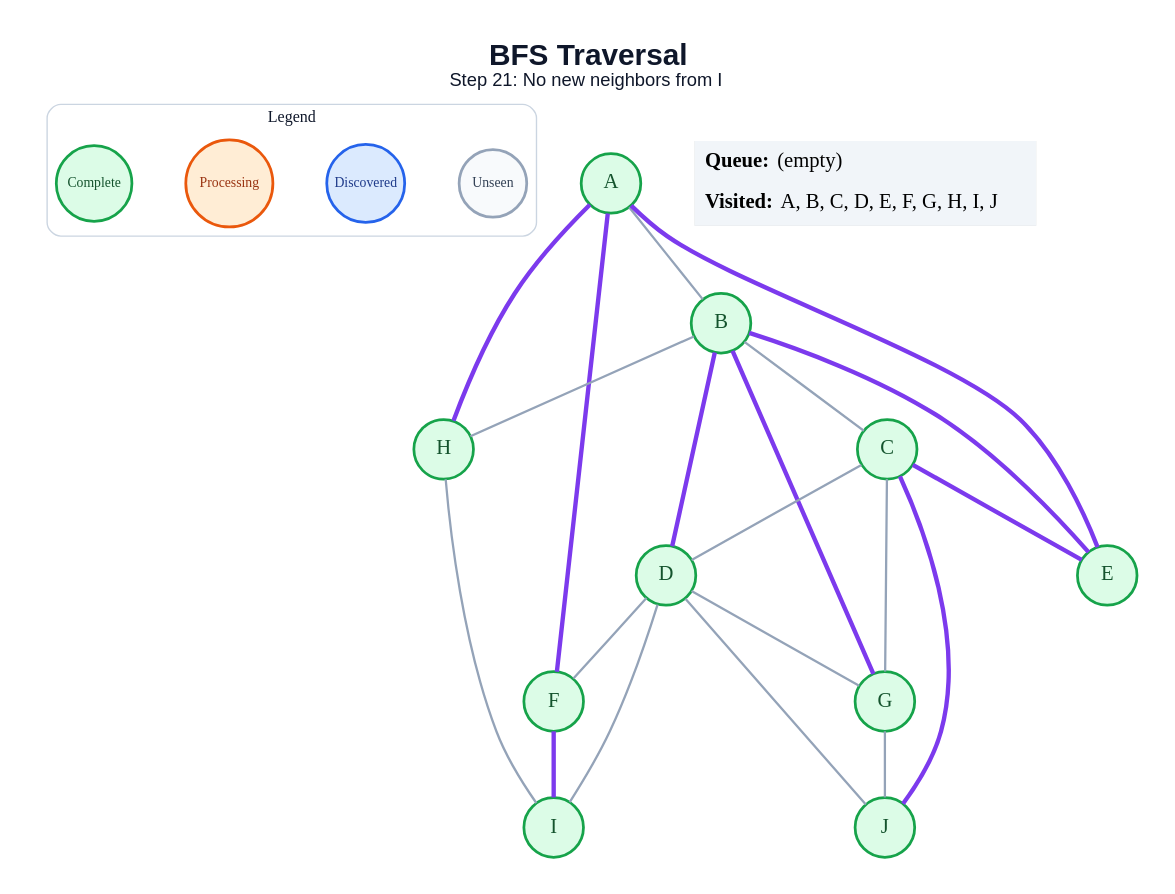
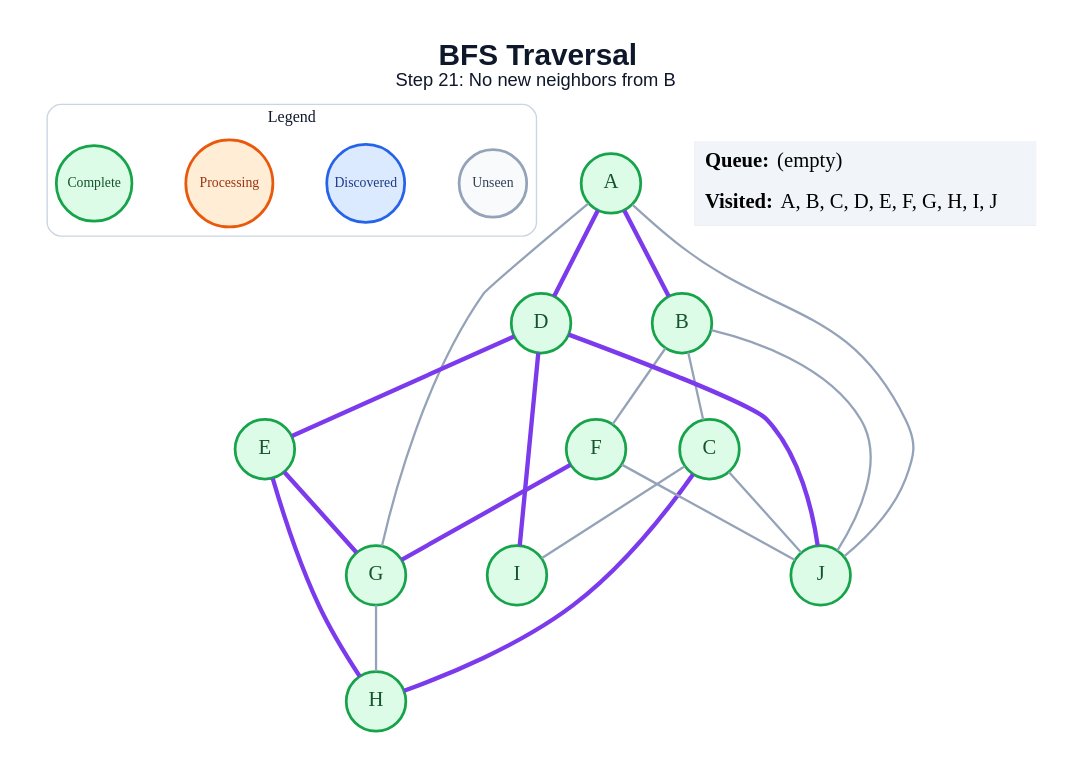
One commit to anon7238593-create/ai-slop changed the diagram in generated/specific-node/bfs/step_21.dot. Above: the diagram before and after it, drawn with Graphviz. The commit also changed 171 other files, not shown here.

```diff
--- a/generated/specific-node/bfs/step_21.dot
+++ b/generated/specific-node/bfs/step_21.dot
@@ -1,49 +1,47 @@
 graph traversal {
   graph [layout=dot, rankdir=TB, bgcolor="#FFFFFF", pad="0.35", nodesep="0.65", ranksep="0.8", fontname="Arial"];
   node [shape=circle, style="filled", fontname="Arial Bold", fontsize=18, width=0.72, fixedsize=true, penwidth=2.4];
   edge [color="#94A3B8", penwidth=2.0];
-  label=<<B>BFS Traversal</B><BR/><FONT POINT-SIZE="16">Step 21: No new neighbors from I</FONT>>; labelloc="t"; fontsize=26; fontname="Arial"; fontcolor="#0F172A";
+  label=<<B>BFS Traversal</B><BR/><FONT POINT-SIZE="16">Step 21: No new neighbors from B</FONT>>; labelloc="t"; fontsize=26; fontname="Arial"; fontcolor="#0F172A";
   subgraph cluster_legend { label="Legend"; color="#CBD5E1"; penwidth=1.2; style="rounded"; fontsize=14; fontname="Arial Bold";
     key_unseen [label="Unseen", fillcolor="#F8FAFC", color="#94A3B8", fontcolor="#334155", fontsize=12, width=0.82];
     key_frontier [label="Discovered", fillcolor="#DBEAFE", color="#2563EB", fontcolor="#1E3A8A", fontsize=12, width=0.95];
     key_current [label="Processing", fillcolor="#FFEDD5", color="#EA580C", fontcolor="#9A3412", fontsize=12, width=1.05];
     key_done [label="Complete", fillcolor="#DCFCE7", color="#16A34A", fontcolor="#14532D", fontsize=12, width=0.92];
     { rank=same; key_unseen; key_frontier; key_current; key_done; }
   }
   A [fillcolor="#DCFCE7", color="#16A34A", fontcolor="#14532D"];
   B [fillcolor="#DCFCE7", color="#16A34A", fontcolor="#14532D"];
   C [fillcolor="#DCFCE7", color="#16A34A", fontcolor="#14532D"];
   D [fillcolor="#DCFCE7", color="#16A34A", fontcolor="#14532D"];
   E [fillcolor="#DCFCE7", color="#16A34A", fontcolor="#14532D"];
   F [fillcolor="#DCFCE7", color="#16A34A", fontcolor="#14532D"];
   G [fillcolor="#DCFCE7", color="#16A34A", fontcolor="#14532D"];
   H [fillcolor="#DCFCE7", color="#16A34A", fontcolor="#14532D"];
   I [fillcolor="#DCFCE7", color="#16A34A", fontcolor="#14532D"];
   J [fillcolor="#DCFCE7", color="#16A34A", fontcolor="#14532D"];
-  A -- B;
-  A -- E [color="#7C3AED", penwidth=3.8];
-  A -- F [color="#7C3AED", penwidth=3.8];
-  A -- H [color="#7C3AED", penwidth=3.8];
+  A -- B [color="#7C3AED", penwidth=3.8];
+  A -- D [color="#7C3AED", penwidth=3.8];
+  A -- G;
+  A -- J;
   B -- C;
-  B -- D [color="#7C3AED", penwidth=3.8];
-  B -- E [color="#7C3AED", penwidth=3.8];
-  B -- G [color="#7C3AED", penwidth=3.8];
-  B -- H;
-  C -- D;
-  C -- E [color="#7C3AED", penwidth=3.8];
-  C -- G;
-  C -- J [color="#7C3AED", penwidth=3.8];
-  D -- F;
-  D -- G;
-  D -- I;
-  D -- J;
-  F -- I [color="#7C3AED", penwidth=3.8];
-  G -- J;
-  H -- I;
+  B -- F;
+  B -- J;
+  C -- H [color="#7C3AED", penwidth=3.8];
+  C -- I;
+  C -- J;
+  D -- E [color="#7C3AED", penwidth=3.8];
+  D -- I [color="#7C3AED", penwidth=3.8];
+  D -- J [color="#7C3AED", penwidth=3.8];
+  E -- G [color="#7C3AED", penwidth=3.8];
+  E -- H [color="#7C3AED", penwidth=3.8];
+  F -- G [color="#7C3AED", penwidth=3.8];
+  F -- J;
+  G -- H;
   status [shape=plain, fixedsize=false, width=0, height=0, margin=0, label=<
     <TABLE BORDER="0" CELLBORDER="0" CELLPADDING="7" BGCOLOR="#F1F5F9">
       <TR><TD ALIGN="LEFT"><B>Queue:</B> (empty)</TD></TR>
       <TR><TD ALIGN="LEFT"><B>Visited:</B> A, B, C, D, E, F, G, H, I, J</TD></TR>
     </TABLE>
   >];
 }
```
